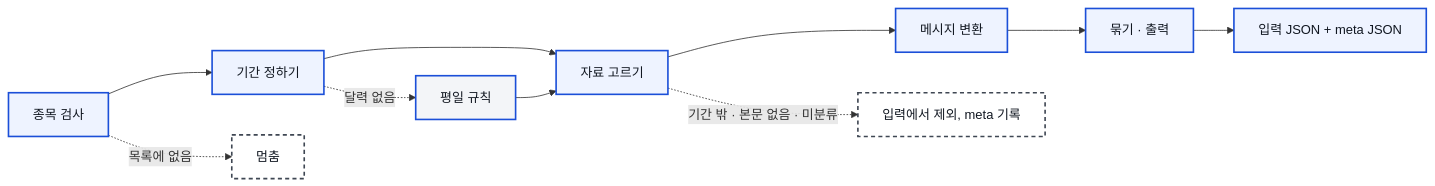
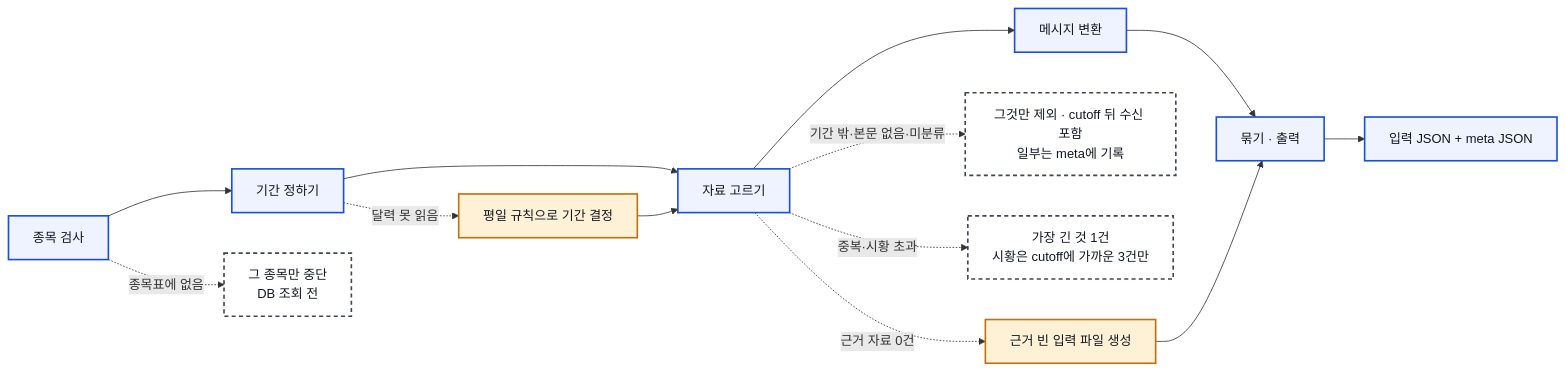
One commit to stfifo/ktc-pt changed the diagram in asset/mermaid/3-adapter.mmd. Above: the diagram before and after it, drawn with Mermaid. The commit also changed 11 other files, not shown here.

Commit message:
차별화 포인트 근거 카드 제거, 시연 영상 확대, AI 에이전트 다이어그램을 docs 기준으로 수정

```diff
--- a/asset/mermaid/3-adapter.mmd
+++ b/asset/mermaid/3-adapter.mmd
@@ -1,13 +1,15 @@
 flowchart LR
   A[종목 검사] --> B[기간 정하기] --> C[자료 고르기] --> D[메시지 변환] --> E[묶기 · 출력]
-  A -.목록에 없음.-> X1[멈춤]
-  B -.달력 없음.-> F1[평일 규칙] --> C
-  C -.기간 밖 · 본문 없음 · 미분류.-> X2[입력에서 제외, meta 기록]
+  A -.종목표에 없음.-> X1[그 종목만 중단<br/>DB 조회 전]
+  B -.달력 못 읽음.-> F1[평일 규칙으로 기간 결정] --> C
+  C -.기간 밖·본문 없음·미분류.-> X2[그것만 제외 · cutoff 뒤 수신 포함<br/>일부는 meta에 기록]
+  C -.중복·시황 초과.-> X3[가장 긴 것 1건<br/>시황은 cutoff에 가까운 3건만]
+  C -.근거 자료 0건.-> F2[근거 빈 입력 파일 생성] --> E
   E --> OUT[입력 JSON + meta JSON]
+  class A,B,C,D,E,OUT code
+  class F1,F2 fb
+  class X1,X2,X3 stop
   classDef code fill:#EEF3FF,stroke:#1B4FD8,stroke-width:2px,color:#111721
   classDef llm fill:#1B4FD8,stroke:#143BA6,stroke-width:2px,color:#FFFFFF
-  classDef fb fill:#F3F5F8,stroke:#1B4FD8,stroke-width:2px,color:#111721
+  classDef fb fill:#FFF1D6,stroke:#C2700A,stroke-width:2px,color:#111721
   classDef stop fill:#FFFFFF,stroke:#3F4753,stroke-width:2px,stroke-dasharray:5 4,color:#111721
-  class A,B,C,D,E,OUT code
-  class F1 fb
-  class X1,X2 stop
```
